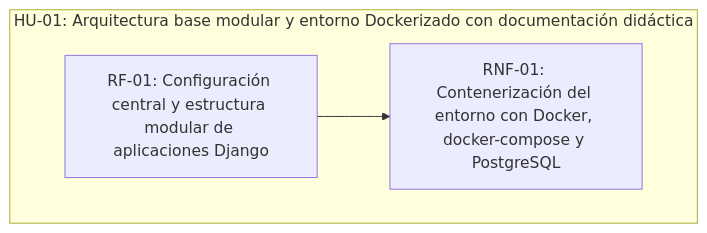
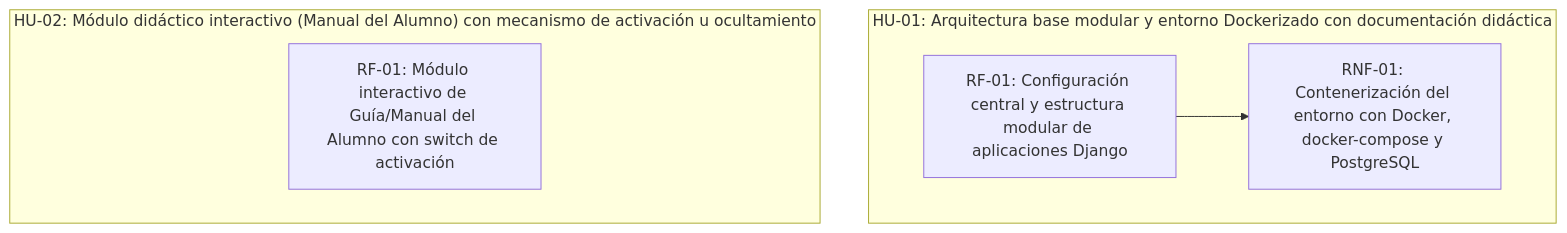
Before and after one commit to fiemcasals/Django: the diagram in scrumDocs/grafo.md, drawn with Mermaid. The commit also changed other lines of this file, not shown here.

Commit message:
Auto-publish: actualiza scrumDocs/grafo.md

````diff
--- a/scrumDocs/grafo.md
+++ b/scrumDocs/grafo.md
@@ -5,8 +5,11 @@
 ```mermaid
 graph TD
   subgraph US_1790269951533["HU-01: Arquitectura base modular y entorno Dockerizado con documentación didáctica"]
     REQ_1790271231287["RF-01: Configuración central y estructura modular de aplicaciones Django"]
     REQ_1790271332189["RNF-01: Contenerización del entorno con Docker, docker-compose y PostgreSQL"]
   end
+  subgraph US_1790270031919["HU-02: Módulo didáctico interactivo (Manual del Alumno) con mecanismo de activación u ocultamiento"]
+    REQ_1790271443931["RF-01: Módulo interactivo de Guía/Manual del Alumno con switch de activación"]
+  end
   REQ_1790271231287 --> REQ_1790271332189
 ```
````
